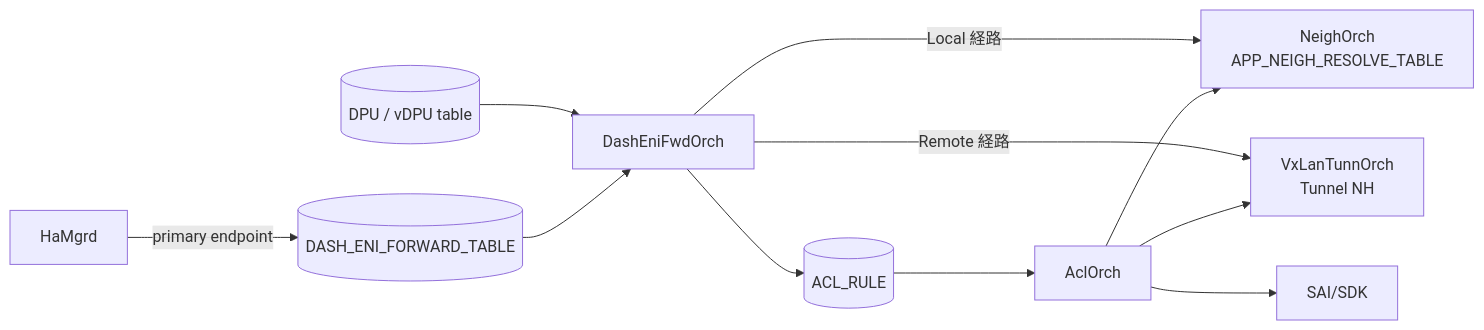
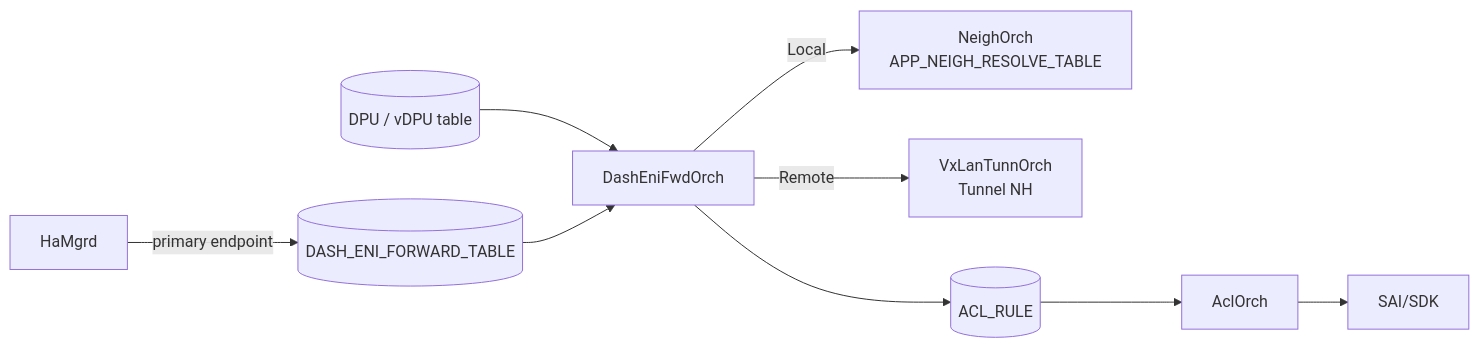
The second of 2 diagrams in docs/overlay/smartswitch-eni-based-forwarding.md (aoki-taquan/sonic-unofficial-docs), drawn with Mermaid before and after one commit. The commit also changed other lines of this file and 4 other files, not shown here.

````diff
--- a/docs/overlay/smartswitch-eni-based-forwarding.md
+++ b/docs/overlay/smartswitch-eni-based-forwarding.md
@@ -77,13 +66,10 @@
 ```mermaid
 flowchart LR
     HA[HaMgrd] -->|primary endpoint| EFT[(DASH_ENI_FORWARD_TABLE)]
     DPU[(DPU / vDPU table)] --> ORCH[DashEniFwdOrch]
     EFT --> ORCH
-    ORCH -->|Local 経路| NO[NeighOrch\nAPP_NEIGH_RESOLVE_TABLE]
-    ORCH -->|Remote 経路| VX[VxLanTunnOrch\nTunnel NH]
+    ORCH -->|Local| NO[NeighOrch<br/>APP_NEIGH_RESOLVE_TABLE]
+    ORCH -->|Remote| VX[VxLanTunnOrch<br/>Tunnel NH]
     ORCH --> AR[(ACL_RULE)]
-    AR --> AO[AclOrch]
-    AO --> NO
-    AO --> VX
-    AO --> SAI[SAI/SDK]
+    AR --> AO[AclOrch] --> SAI[SAI/SDK]
 ```
````
